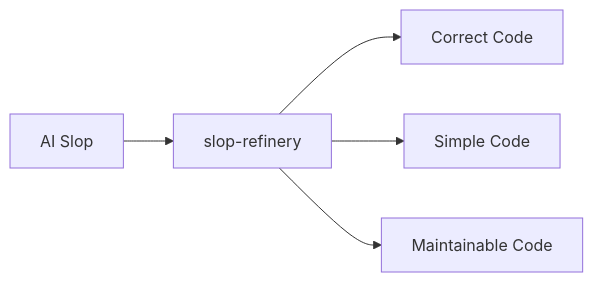
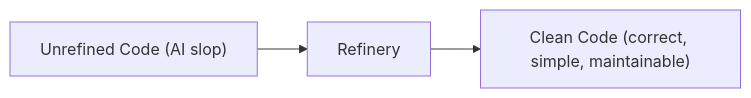
One commit to HOWMZofficial/slop-refinery changed the diagram in README.md. Above: the diagram before and after it, drawn with Mermaid.

Commit message:
Refine README diagram labels

````diff
--- a/README.md
+++ b/README.md
@@ -5,7 +7,5 @@
 ```mermaid
 flowchart LR
-    A["AI Slop"] --> B["slop-refinery"]
-    B --> C["Correct Code"]
-    B --> D["Simple Code"]
-    B --> E["Maintainable Code"]
+    A["Unrefined Code (AI slop)"] --> B["Refinery"]
+    B --> C["Clean Code (correct, simple, maintainable)"]
 ```
````
